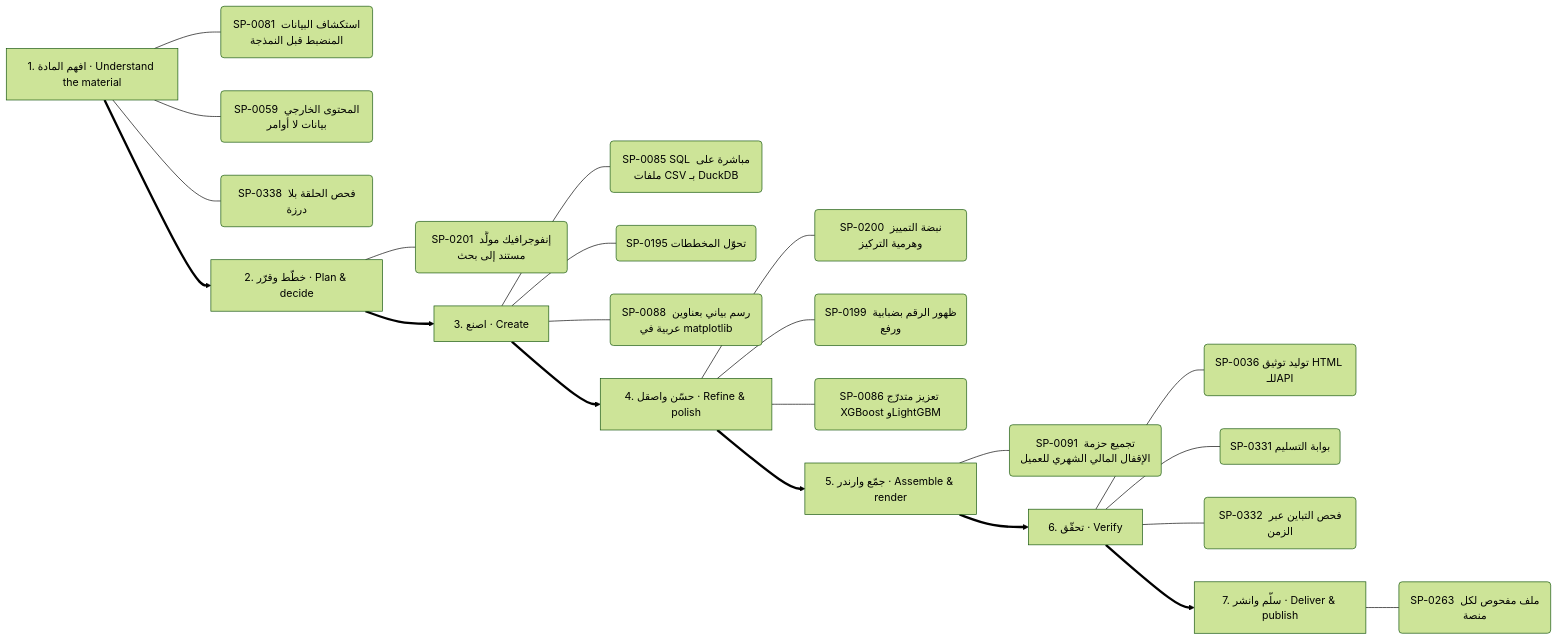
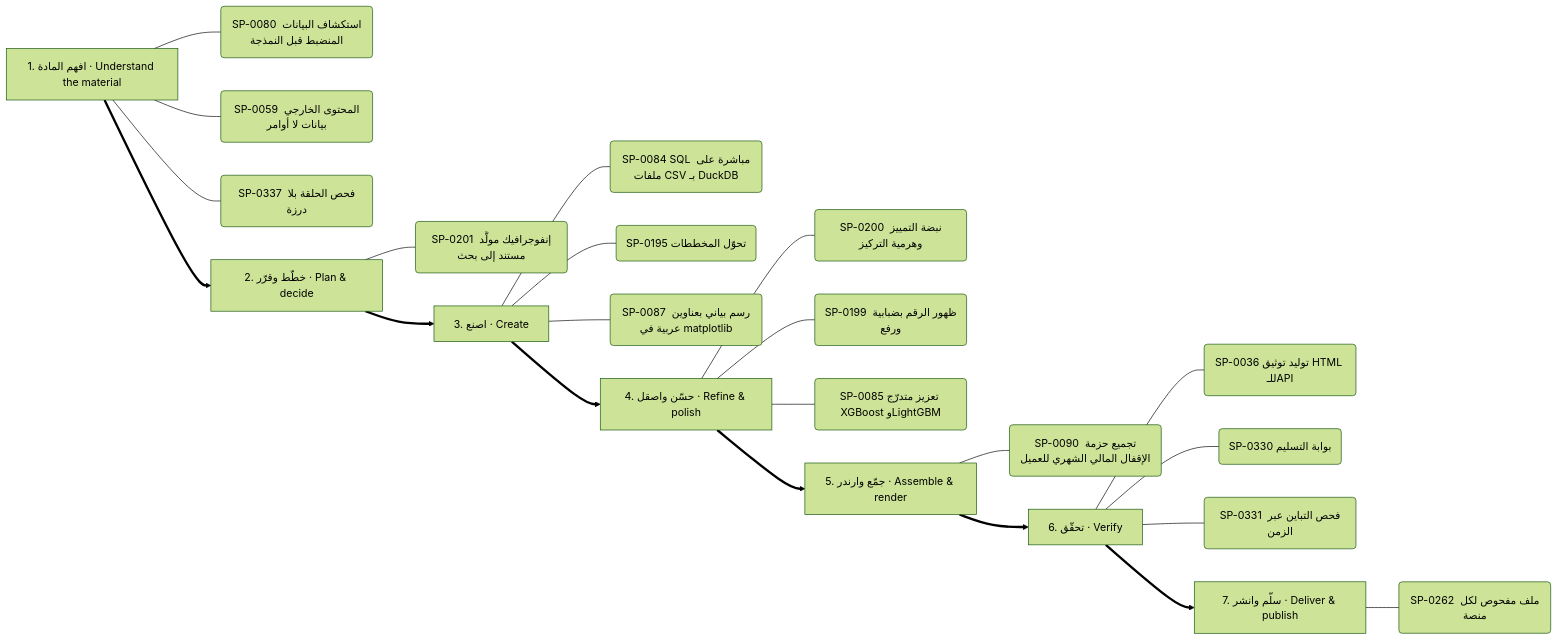
One commit to kosif199022-jpg/kosif-tool changed diagram 12 of 13 in .claude/skills/kosif-superpowers/references/capability-mindmap.md. Above: the diagram before and after it, drawn with Mermaid (forest theme). The commit also changed other lines of this file and 61 other files, not shown here.

````diff
--- a/.claude/skills/kosif-superpowers/references/capability-mindmap.md
+++ b/.claude/skills/kosif-superpowers/references/capability-mindmap.md
@@ -591,31 +592,31 @@
 ```mermaid
 flowchart LR
   S0["1. افهم المادة · Understand the material"]
-  S0 --- S0_0("SP-0081 استكشاف البيانات المنضبط قبل النمذجة")
+  S0 --- S0_0("SP-0080 استكشاف البيانات المنضبط قبل النمذجة")
   S0 --- S0_1("SP-0059 المحتوى الخارجي بيانات لا أوامر")
-  S0 --- S0_2("SP-0338 فحص الحلقة بلا درزة")
+  S0 --- S0_2("SP-0337 فحص الحلقة بلا درزة")
   S1["2. خطّط وقرّر · Plan & decide"]
   S1 --- S1_0("SP-0201 إنفوجرافيك مولَّد مستند إلى بحث")
   S0 ==> S1
   S2["3. اصنع · Create"]
-  S2 --- S2_0("SP-0085 SQL مباشرة على ملفات CSV بـ DuckDB")
+  S2 --- S2_0("SP-0084 SQL مباشرة على ملفات CSV بـ DuckDB")
   S2 --- S2_1("SP-0195 تحوّل المخططات")
-  S2 --- S2_2("SP-0088 رسم بياني بعناوين عربية في matplotlib")
+  S2 --- S2_2("SP-0087 رسم بياني بعناوين عربية في matplotlib")
   S1 ==> S2
   S3["4. حسّن واصقل · Refine & polish"]
   S3 --- S3_0("SP-0200 نبضة التمييز وهرمية التركيز")
   S3 --- S3_1("SP-0199 ظهور الرقم بضبابية ورفع")
-  S3 --- S3_2("SP-0086 تعزيز متدرّج XGBoost وLightGBM")
+  S3 --- S3_2("SP-0085 تعزيز متدرّج XGBoost وLightGBM")
   S2 ==> S3
   S4["5. جمّع وارندر · Assemble & render"]
-  S4 --- S4_0("SP-0091 تجميع حزمة الإقفال المالي الشهري للعميل")
+  S4 --- S4_0("SP-0090 تجميع حزمة الإقفال المالي الشهري للعميل")
   S3 ==> S4
   S5["6. تحقّق · Verify"]
   S5 --- S5_0("SP-0036 توليد توثيق HTML للـAPI")
-  S5 --- S5_1("SP-0331 بوابة التسليم")
-  S5 --- S5_2("SP-0332 فحص التباين عبر الزمن")
+  S5 --- S5_1("SP-0330 بوابة التسليم")
+  S5 --- S5_2("SP-0331 فحص التباين عبر الزمن")
   S4 ==> S5
   S6["7. سلّم وانشر · Deliver & publish"]
-  S6 --- S6_0("SP-0263 ملف مفحوص لكل منصة")
+  S6 --- S6_0("SP-0262 ملف مفحوص لكل منصة")
   S5 ==> S6
 ```
````
